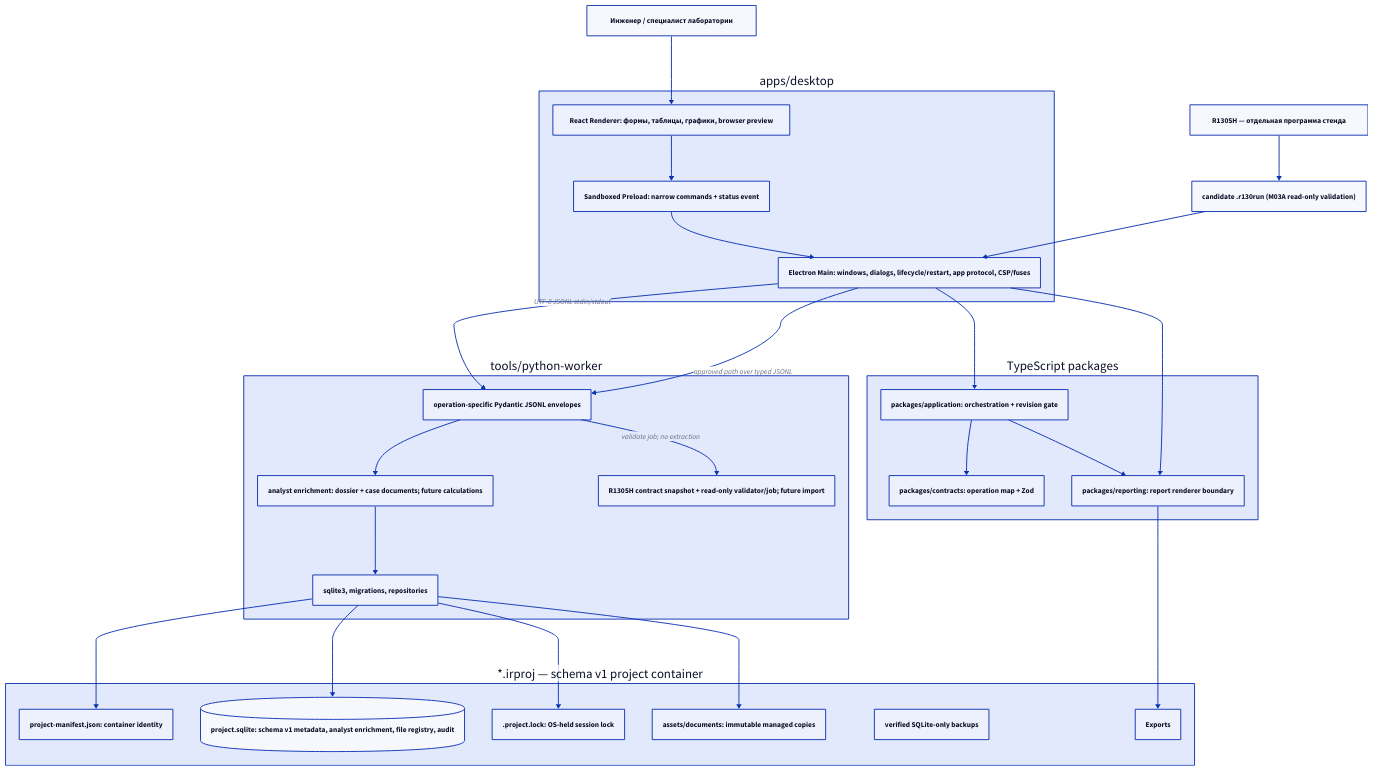
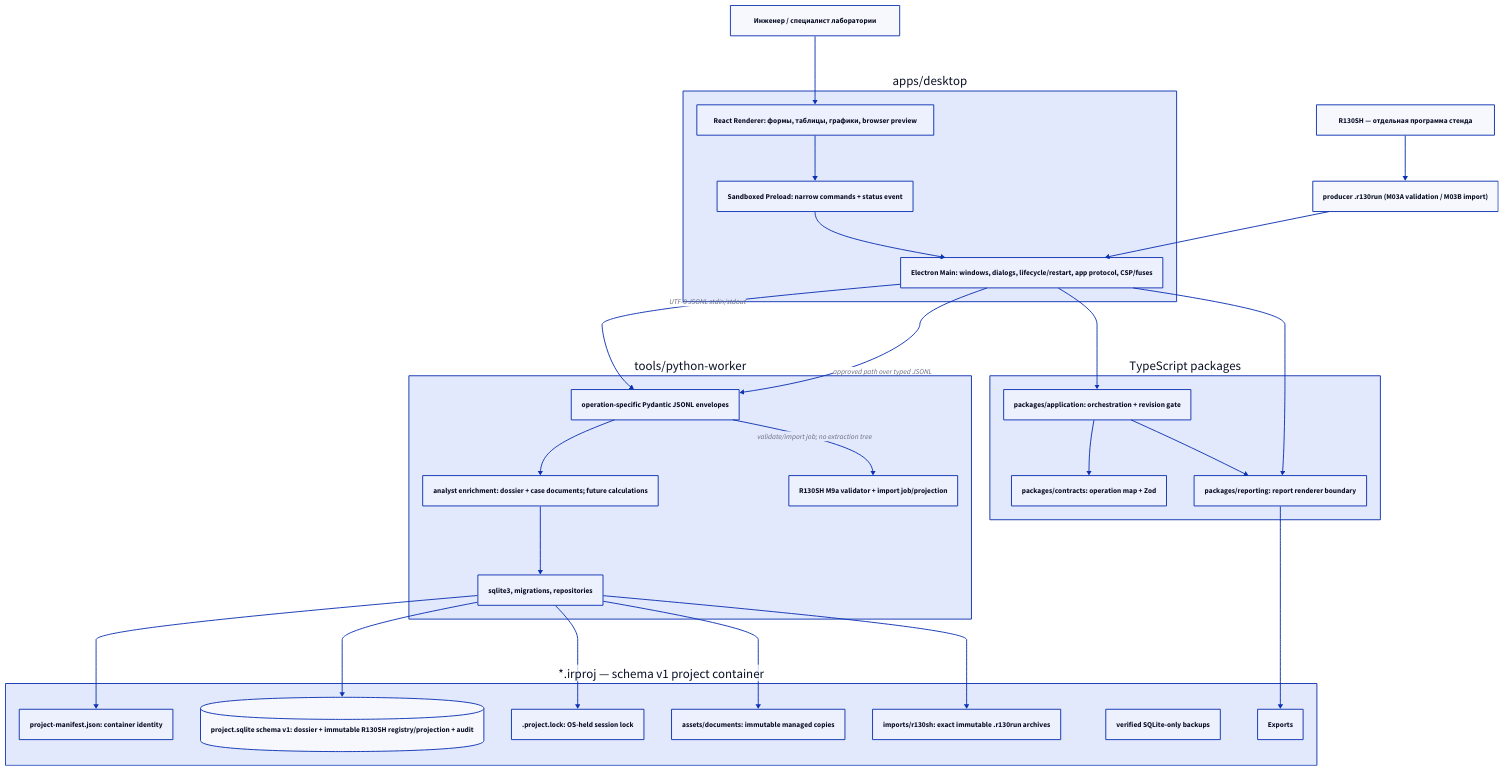
The diagram in docs/architecture/system-context-module-map.md (vitalcc55/impeller-reliability), drawn with D2 before and after one commit. The commit also changed other lines of this file and 87 other files, not shown here.

````diff
--- a/docs/architecture/system-context-module-map.md
+++ b/docs/architecture/system-context-module-map.md
@@ -5,55 +5,57 @@
 ```d2
 direction: down
 
 Engineer: "Инженер / специалист лаборатории"
 R130SH: "R130SH — отдельная программа стенда"
-RunPackage: "candidate .r130run (M03A read-only validation)"
+RunPackage: "producer .r130run (M03A validation / M03B import)"
 
 Desktop: "apps/desktop" {
   Renderer: "React Renderer: формы, таблицы, графики, browser preview"
   Preload: "Sandboxed Preload: narrow commands + status event"
   Main: "Electron Main: windows, dialogs, lifecycle/restart, app protocol, CSP/fuses"
 }
 
 TypeScript: "TypeScript packages" {
   Contracts: "packages/contracts: operation map + Zod"
   Application: "packages/application: orchestration + revision gate"
   Reporting: "packages/reporting: report renderer boundary"
 }
 
 Worker: "tools/python-worker" {
   Protocol: "operation-specific Pydantic JSONL envelopes"
   Domain: "analyst enrichment: dossier + case documents; future calculations"
   Persistence: "sqlite3, migrations, repositories"
-  Integration: "R130SH contract snapshot + read-only validator/job; future import"
+  Integration: "R130SH M9a validator + import job/projection"
 }
 
 Project: "*.irproj — schema v1 project container" {
   Manifest: "project-manifest.json: container identity"
-  Database: "project.sqlite: schema v1 metadata, analyst enrichment, file registry, audit" { shape: cylinder }
+  Database: "project.sqlite schema v1: dossier + immutable R130SH registry/projection + audit" { shape: cylinder }
   Lock: ".project.lock: OS-held session lock"
   Assets: "assets/documents: immutable managed copies"
+  Imports: "imports/r130sh: exact immutable .r130run archives"
   Backups: "verified SQLite-only backups"
 }
 
 Engineer -> Desktop.Renderer
 Desktop.Renderer -> Desktop.Preload
 Desktop.Preload -> Desktop.Main
 Desktop.Main -> TypeScript.Application
 TypeScript.Application -> TypeScript.Contracts
 Desktop.Main -> Worker.Protocol: "UTF-8 JSONL stdin/stdout"
 Worker.Protocol -> Worker.Domain
 Worker.Domain -> Worker.Persistence
 Worker.Persistence -> Project.Database
 Worker.Persistence -> Project.Manifest
 Worker.Persistence -> Project.Lock
 Worker.Persistence -> Project.Assets
+Worker.Persistence -> Project.Imports
 TypeScript.Application -> TypeScript.Reporting
 Desktop.Main -> TypeScript.Reporting
 TypeScript.Reporting -> Project.Exports
 
 R130SH -> RunPackage
 RunPackage -> Desktop.Main
 Desktop.Main -> Worker.Protocol: "approved path over typed JSONL"
-Worker.Protocol -> Worker.Integration: "validate job; no extraction"
+Worker.Protocol -> Worker.Integration: "validate/import job; no extraction tree"
 ```
````
